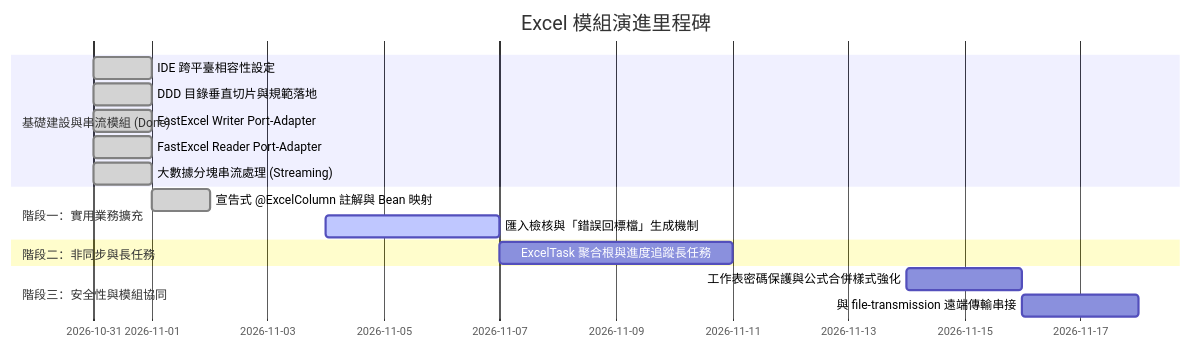
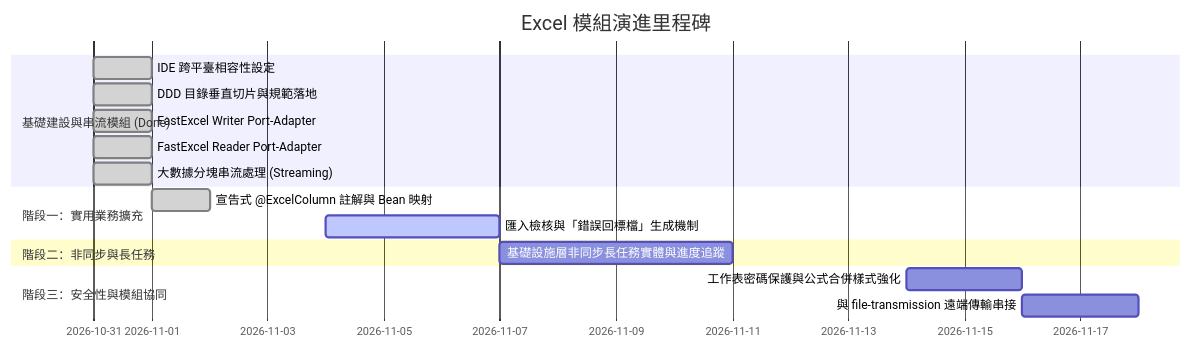
One commit to nick54785478/excel-module changed the second of 2 diagrams in doc/design/README.md. Above: the diagram before and after it, drawn with Mermaid. The commit also changed other lines of this file and 27 other files, not shown here.

````diff
--- a/doc/design/README.md
+++ b/doc/design/README.md
@@ -207,22 +217,22 @@
 ```mermaid
 gantt
     title Excel 模組演進里程碑
     dateFormat  YYYY-MM-DD
     section 基礎建設與串流模組 (Done)
     IDE 跨平臺相容性設定           :done, 2026-10-31, 1d
     DDD 目錄垂直切片與規範落地       :done, 2026-10-31, 1d
     FastExcel Writer Port-Adapter  :done, 2026-10-31, 1d
     FastExcel Reader Port-Adapter  :done, 2026-10-31, 1d
     大數據分塊串流處理 (Streaming)  :done, 2026-10-31, 1d
     
     section 階段一：實用業務擴充
     宣告式 @ExcelColumn 註解與 Bean 映射 :done, 2026-11-01, 1d
     匯入檢核與「錯誤回標檔」生成機制       :active, 2026-11-04, 3d
     
     section 階段二：非同步與長任務
-    ExcelTask 聚合根與進度追蹤長任務     :2026-11-07, 4d
+    基礎設施層非同步長任務實體與進度追蹤 :2026-11-07, 4d
     
     section 階段三：安全性與模組協同
     工作表密碼保護與公式合併樣式強化       :2026-11-14, 2d
     與 file-transmission 遠端傳輸串接   :2026-11-16, 2d
 ```
````
